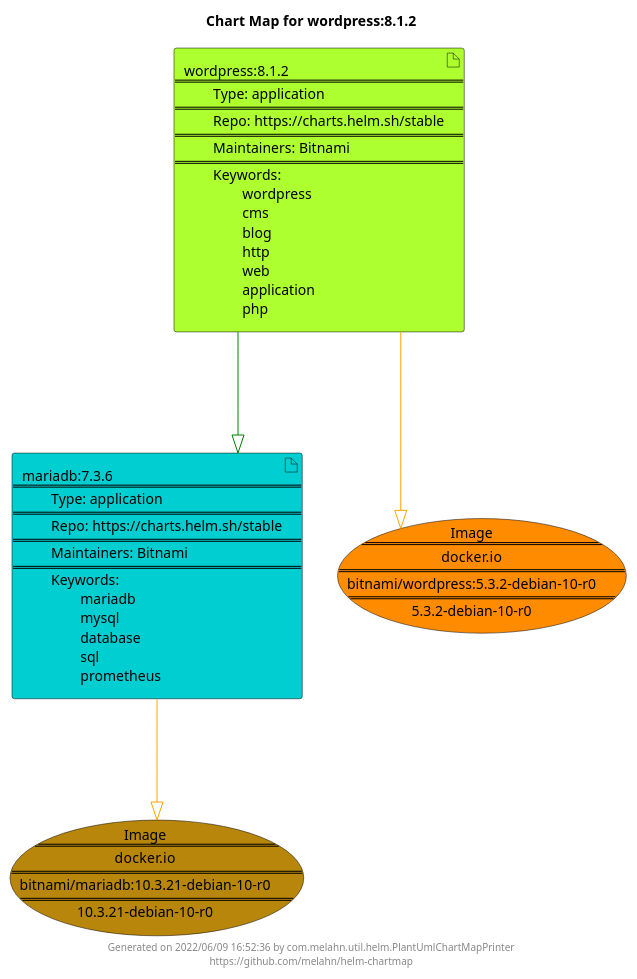
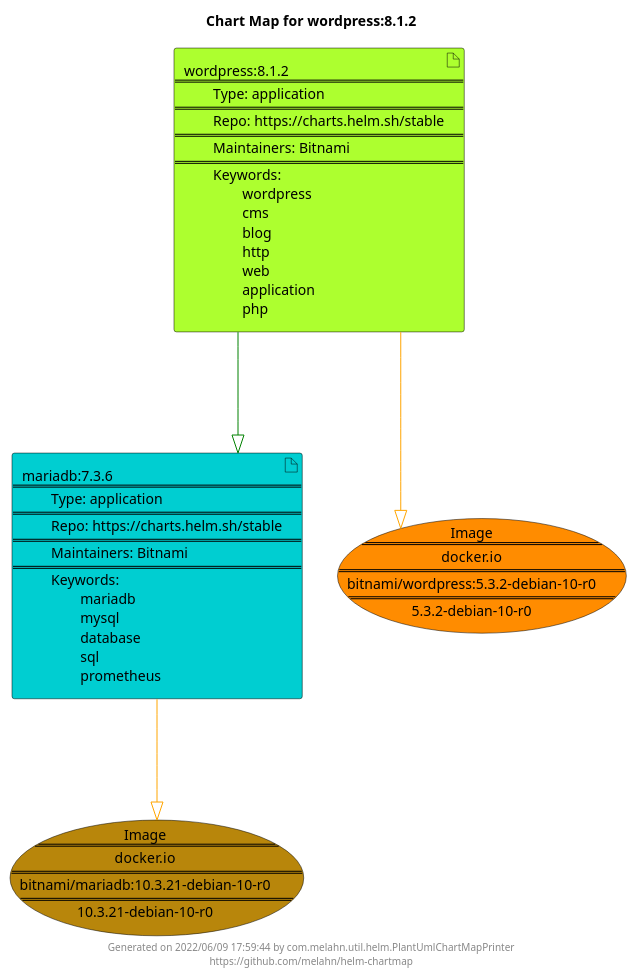
One commit to melahn/helm-chartmap changed the diagram in docs/wordpress/wordpress-8.1.2.puml. Above: the diagram before and after it, drawn with PlantUML. The commit also changed 59 other files, not shown here.

Commit message:
Update Example Chart Maps as part of GitHub build

```diff
--- a/docs/wordpress/wordpress-8.1.2.puml
+++ b/docs/wordpress/wordpress-8.1.2.puml
@@ -1,25 +1,25 @@
 @startuml
 skinparam linetype ortho
 skinparam backgroundColor white
 skinparam usecaseBorderColor black
 skinparam usecaseArrowColor LightSlateGray
 skinparam artifactBorderColor black
 skinparam artifactArrowColor LightSlateGray
 
 title Chart Map for wordpress:8.1.2
 
 'There are 2 referenced Helm Charts
 artifact "mariadb:7.3.6\n====\n\tType: application\n====\n\tRepo: https://charts.helm.sh/stable\n====\n\tMaintainers: Bitnami\n====\n\tKeywords: \n\t\tmariadb\n\t\tmysql\n\t\tdatabase\n\t\tsql\n\t\tprometheus" as mariadb_7_3_6 #DarkTurquoise
 artifact "wordpress:8.1.2\n====\n\tType: application\n====\n\tRepo: https://charts.helm.sh/stable\n====\n\tMaintainers: Bitnami\n====\n\tKeywords: \n\t\twordpress\n\t\tcms\n\t\tblog\n\t\thttp\n\t\tweb\n\t\tapplication\n\t\tphp" as wordpress_8_1_2 #GreenYellow
 
 'There are 2 referenced Docker Images
 usecase "Image\n====\ndocker.io\n====\nbitnami/mariadb:10.3.21-debian-10-r0\n====\n10.3.21-debian-10-r0" as docker_io_bitnami_mariadb_10_3_21_debian_10_r0 #DarkGoldenRod
 usecase "Image\n====\ndocker.io\n====\nbitnami/wordpress:5.3.2-debian-10-r0\n====\n5.3.2-debian-10-r0" as docker_io_bitnami_wordpress_5_3_2_debian_10_r0 #Darkorange
 
 'Chart Dependencies
 wordpress_8_1_2--[#green]-|>mariadb_7_3_6
 mariadb_7_3_6--[#orange]-|>docker_io_bitnami_mariadb_10_3_21_debian_10_r0
 wordpress_8_1_2--[#orange]-|>docker_io_bitnami_wordpress_5_3_2_debian_10_r0
 
-center footer Generated on 2022/06/09 16:52:36 by com.melahn.util.helm.PlantUmlChartMapPrinter\nhttps://github.com/melahn/helm-chartmap
+center footer Generated on 2022/06/09 17:59:44 by com.melahn.util.helm.PlantUmlChartMapPrinter\nhttps://github.com/melahn/helm-chartmap
 @enduml
```
